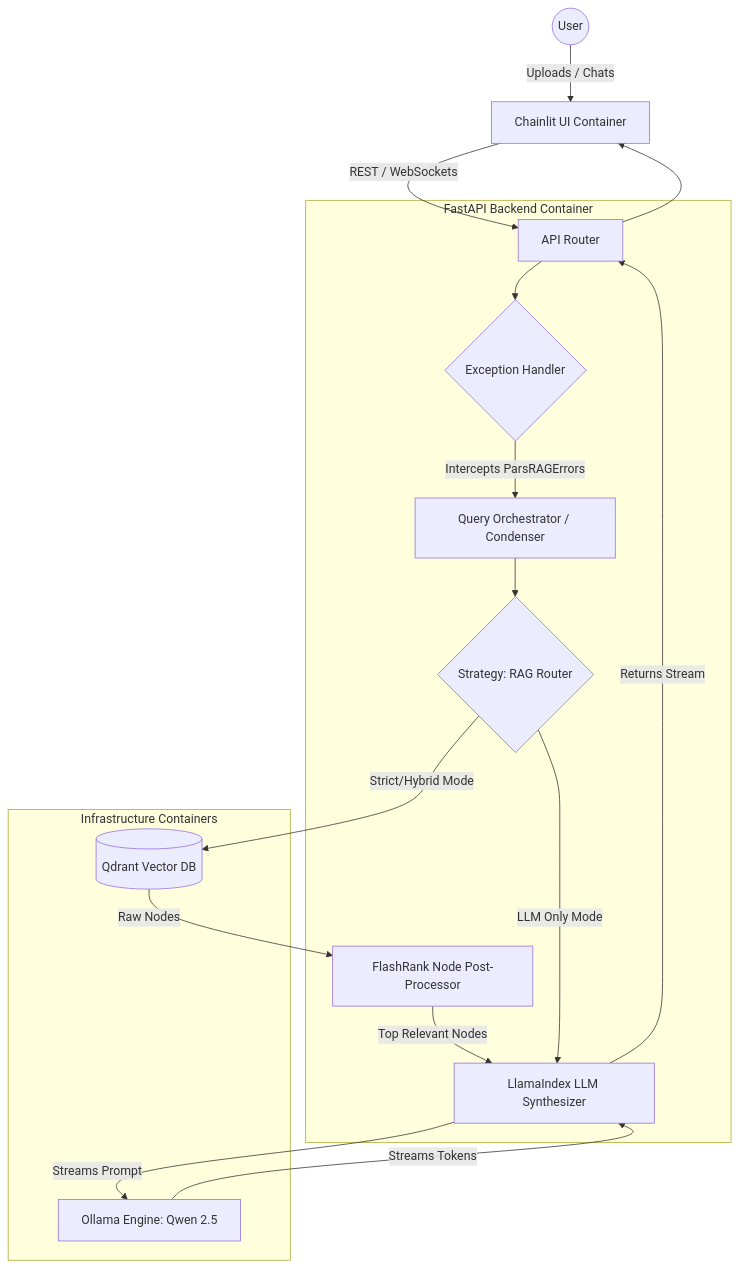
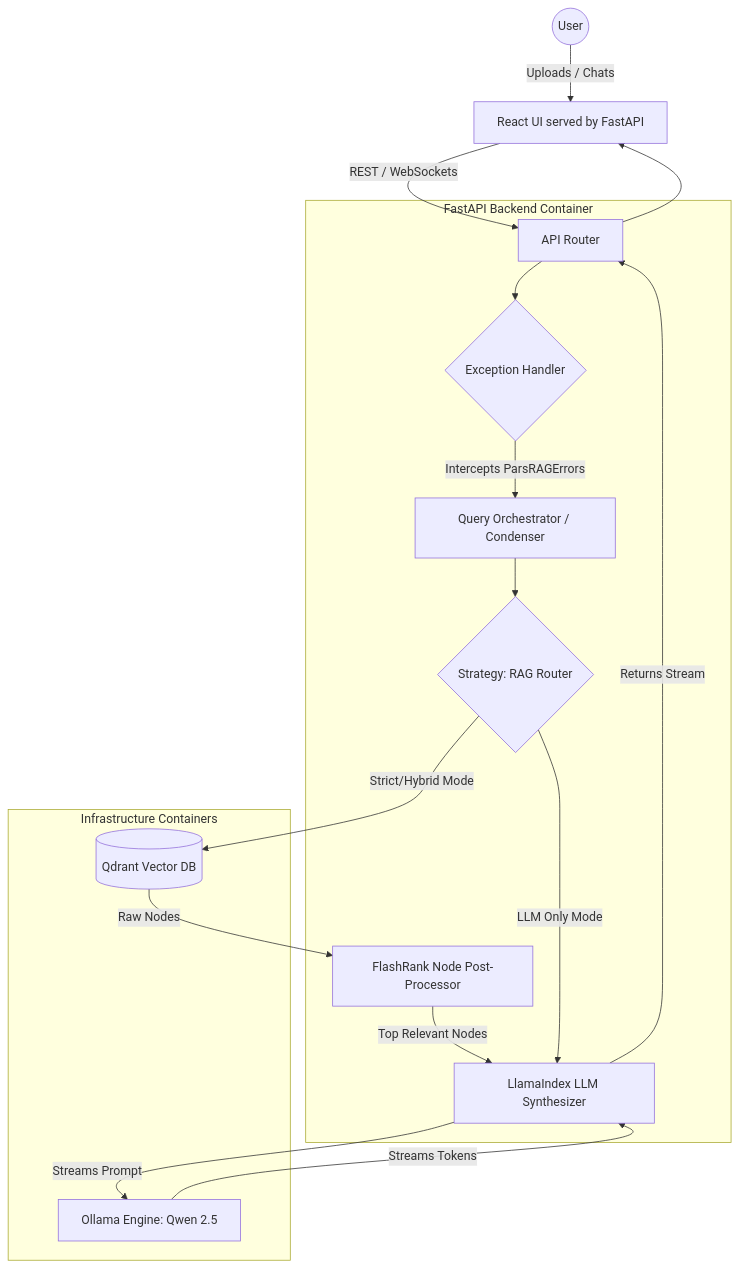
One commit to Pooria82/ParsRAG changed the diagram in .context/02_Architecture_and_Patterns.md. Above: the diagram before and after it, drawn with Mermaid. The commit also changed other lines of this file and 26 other files, not shown here.

````diff
--- a/.context/02_Architecture_and_Patterns.md
+++ b/.context/02_Architecture_and_Patterns.md
@@ -30,36 +30,36 @@
 ```mermaid
 graph TD
-    Client((User)) -->|Uploads / Chats| UI[Chainlit UI Container]
+    Client((User)) -->|Uploads / Chats| UI[React UI served by FastAPI]
     
     subgraph FastAPI Backend Container
         Router[API Router]
         ExceptionHandler{Exception Handler}
         QueryPipeline[Query Orchestrator / Condenser]
         RAGRouter{Strategy: RAG Router}
         Reranker[FlashRank Node Post-Processor]
         Generator[LlamaIndex LLM Synthesizer]
     end
     
     subgraph Infrastructure Containers
         VectorDB[(Qdrant Vector DB)]
         Ollama[Ollama Engine: Qwen 2.5]
     end
 
     UI -->|REST / WebSockets| Router
     Router --> ExceptionHandler
     ExceptionHandler -->|Intercepts ParsRAGErrors| QueryPipeline
     QueryPipeline --> RAGRouter
     
     %% Strict & Hybrid
     RAGRouter -->|Strict/Hybrid Mode| VectorDB
     VectorDB -->|Raw Nodes| Reranker
     Reranker -->|Top Relevant Nodes| Generator
     
     %% LLM Only
     RAGRouter -->|LLM Only Mode| Generator
     
     Generator -->|Streams Prompt| Ollama
     Ollama -->|Streams Tokens| Generator
     Generator -->|Returns Stream| Router
     Router --> UI
 ```
````
